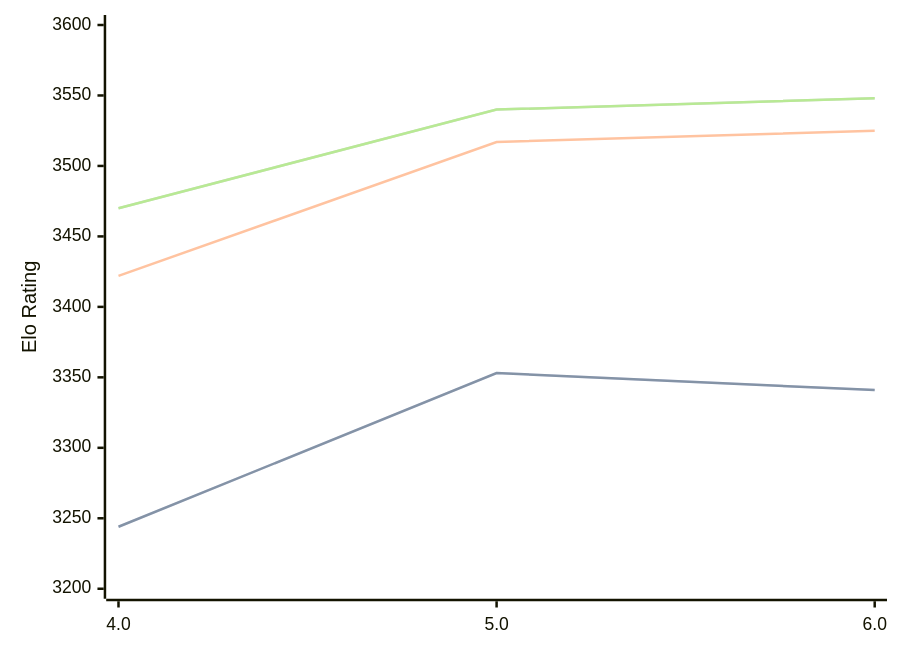
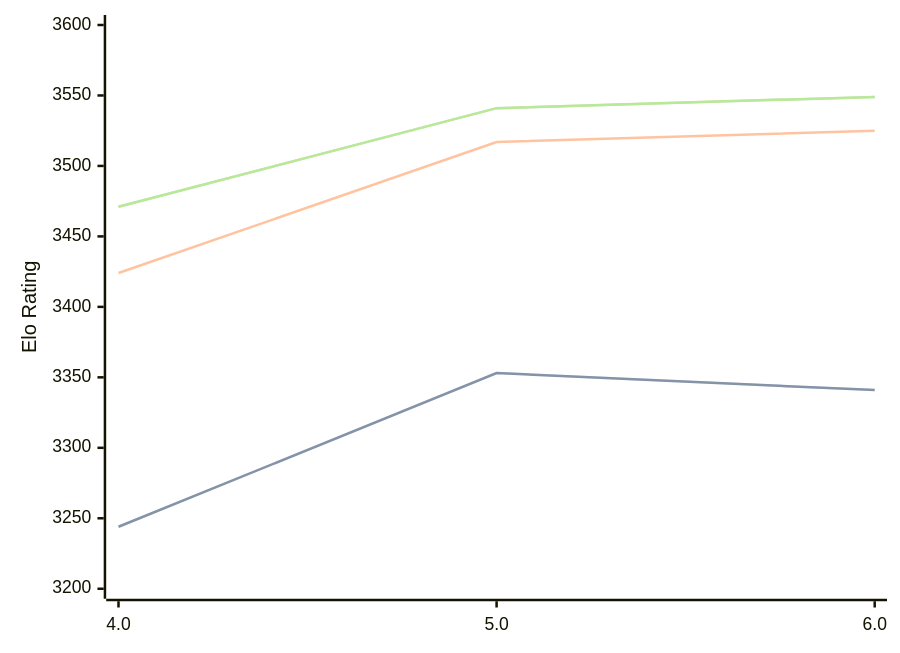
Before and after one commit to computer-chess-index/cci: the third of 3 diagrams in engines/Tarnished.md, drawn with Mermaid. The commit also changed other lines of this file, not shown here.

Commit message:
Update CCI Ratings (ELO VLTC) - 2026-07-14

````diff
--- a/engines/Tarnished.md
+++ b/engines/Tarnished.md
@@ -70,11 +70,11 @@
 ```mermaid
 %%{init: {"theme":"base","themeVariables":{"seriesColors:['#a3a3a3','#222221','#faa371']}}}%%
 xychart-beta
   x-axis ["4.0", "5.0", "6.0"]
   y-axis "Elo Rating" 3200 --> 3600
   line "STC (8.0+0.08s)" [3244, 3353, 3341]
   line "STC (8.0+0.08s)" [3244, 3353, 3341]
-  line "LTC (60.0+0.60s)" [3422, 3517, 3525]
-  line "VLTC (2m24s+1.12s)" [3470, 3540, 3548]
-  line "VLTC (2m24s+1.12s)" [3470, 3540, 3548]
+  line "LTC (60.0+0.60s)" [3424, 3517, 3525]
+  line "VLTC (2m24s+1.12s)" [3471, 3541, 3549]
+  line "VLTC (2m24s+1.12s)" [3471, 3541, 3549]
 ```
````
